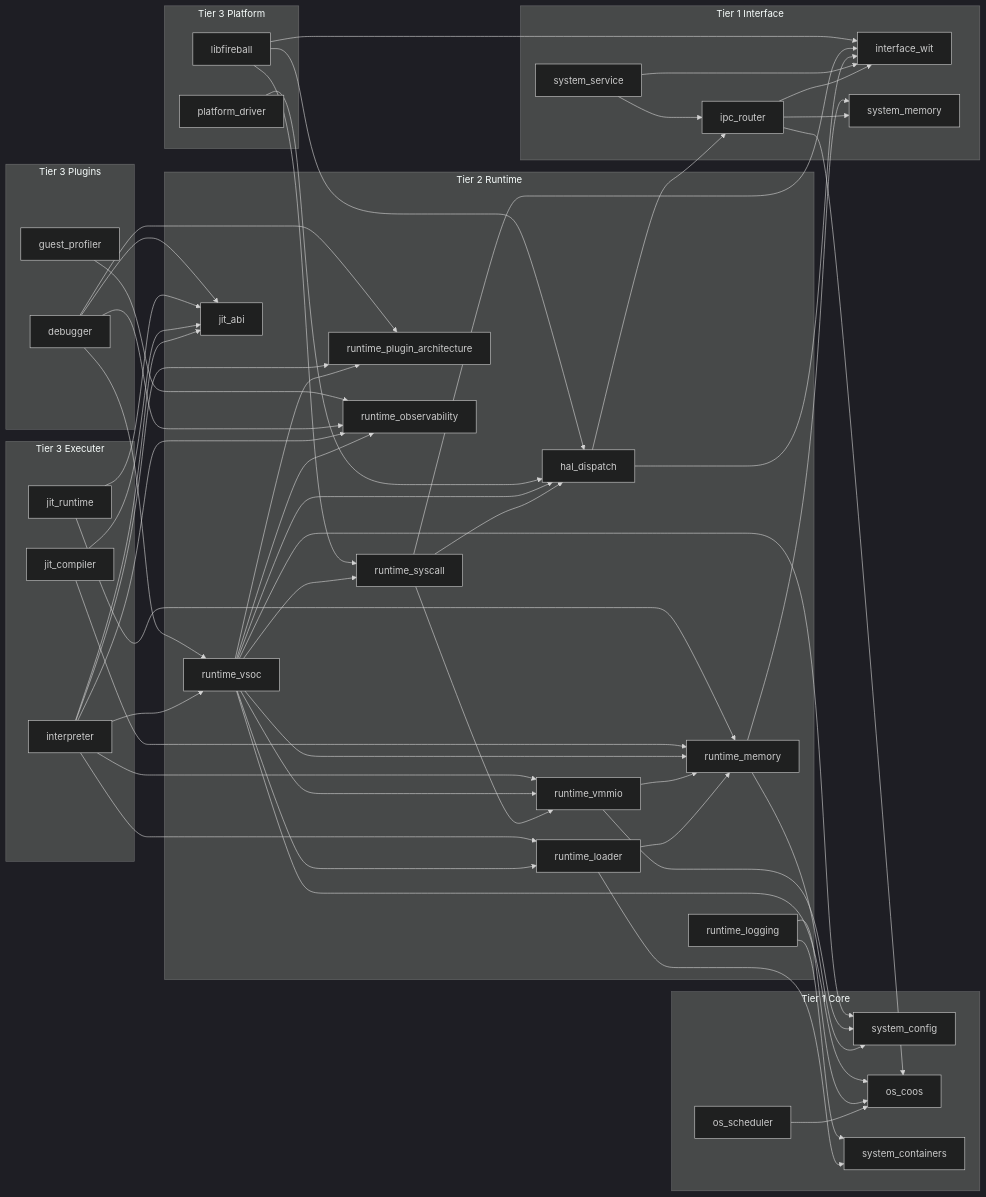
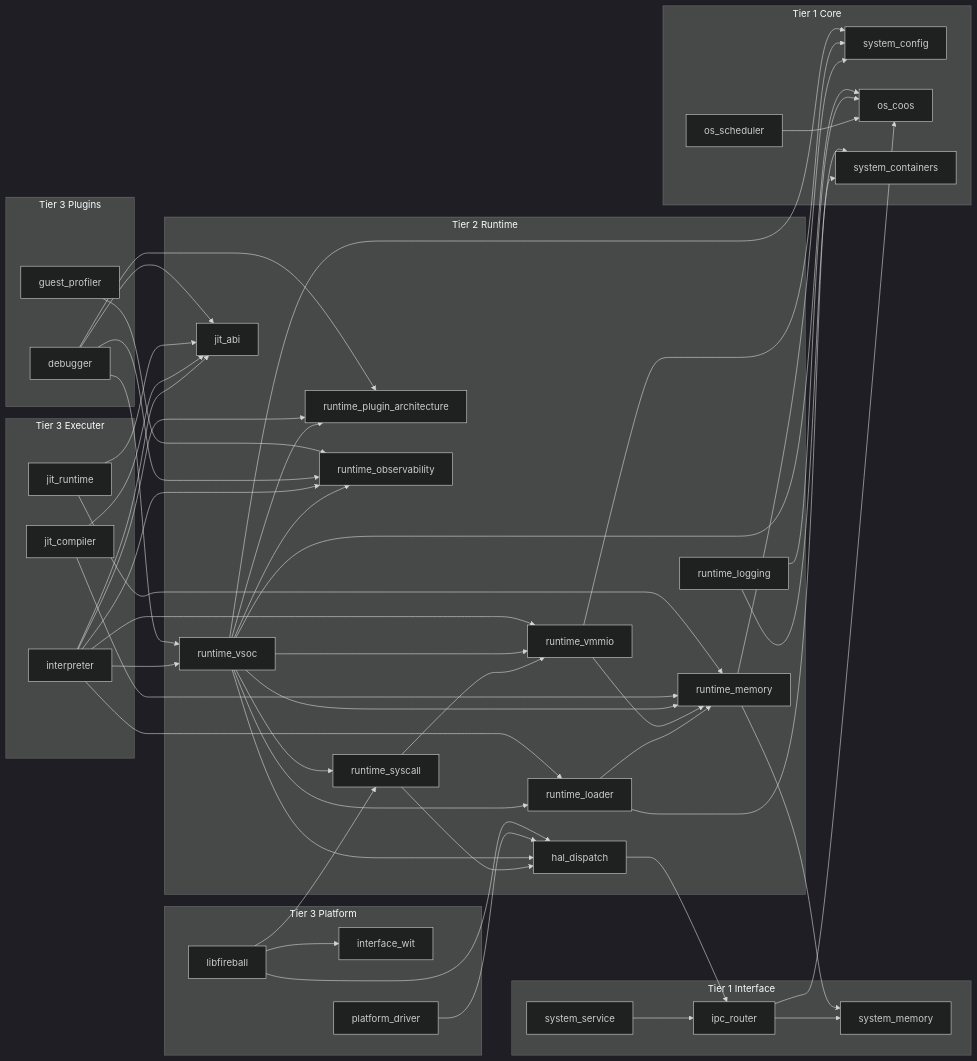
One commit to kmt-t/fireball changed the diagram in docs/architecture/architecture_overview.md. Above: the diagram before and after it, drawn with Mermaid (dark theme). The commit also changed other lines of this file and 29 other files, not shown here.

Commit message:
Align WIT contracts with tier architecture

```diff
--- a/docs/architecture/architecture_overview.md
+++ b/docs/architecture/architecture_overview.md
@@ -31,7 +31,6 @@
     containers["system_containers"]
   end
   subgraph T1I["Tier 1 Interface"]
-    wit["interface_wit"]
     ipc["ipc_router"]
     memory_contract["system_memory"]
     service["system_service"]
@@ -58,6 +57,7 @@
     profiler["guest_profiler"]
   end
   subgraph T3H["Tier 3 Platform"]
+    wit["interface_wit"]
     driver["platform_driver"]
     libfireball["libfireball"]
   end
@@ -65,9 +65,7 @@
   scheduler --> coos
   ipc --> coos
   ipc --> memory_contract
-  ipc --> wit
   service --> ipc
-  service --> wit
   memory --> memory_contract
   memory --> config
   loader --> containers
@@ -75,10 +73,8 @@
   vmmio --> memory
   vmmio --> config
   hal --> ipc
-  hal --> wit
   syscall --> hal
   syscall --> vmmio
-  syscall --> wit
   logging --> coos
   logging --> containers
   vsoc --> coos
```
